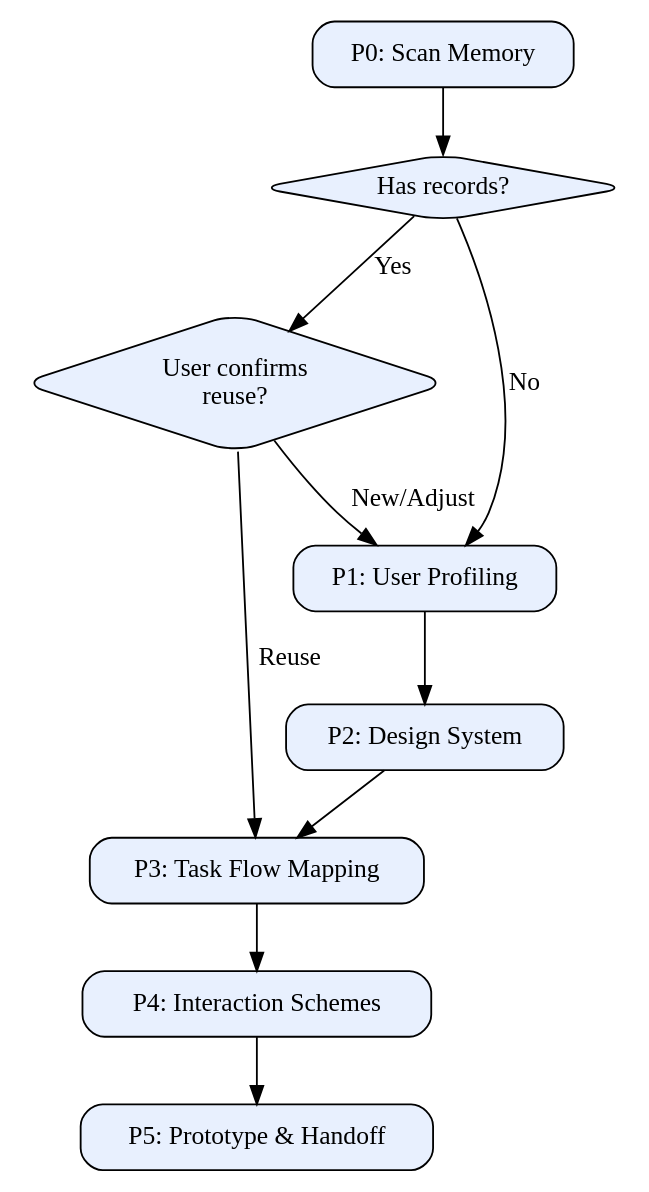
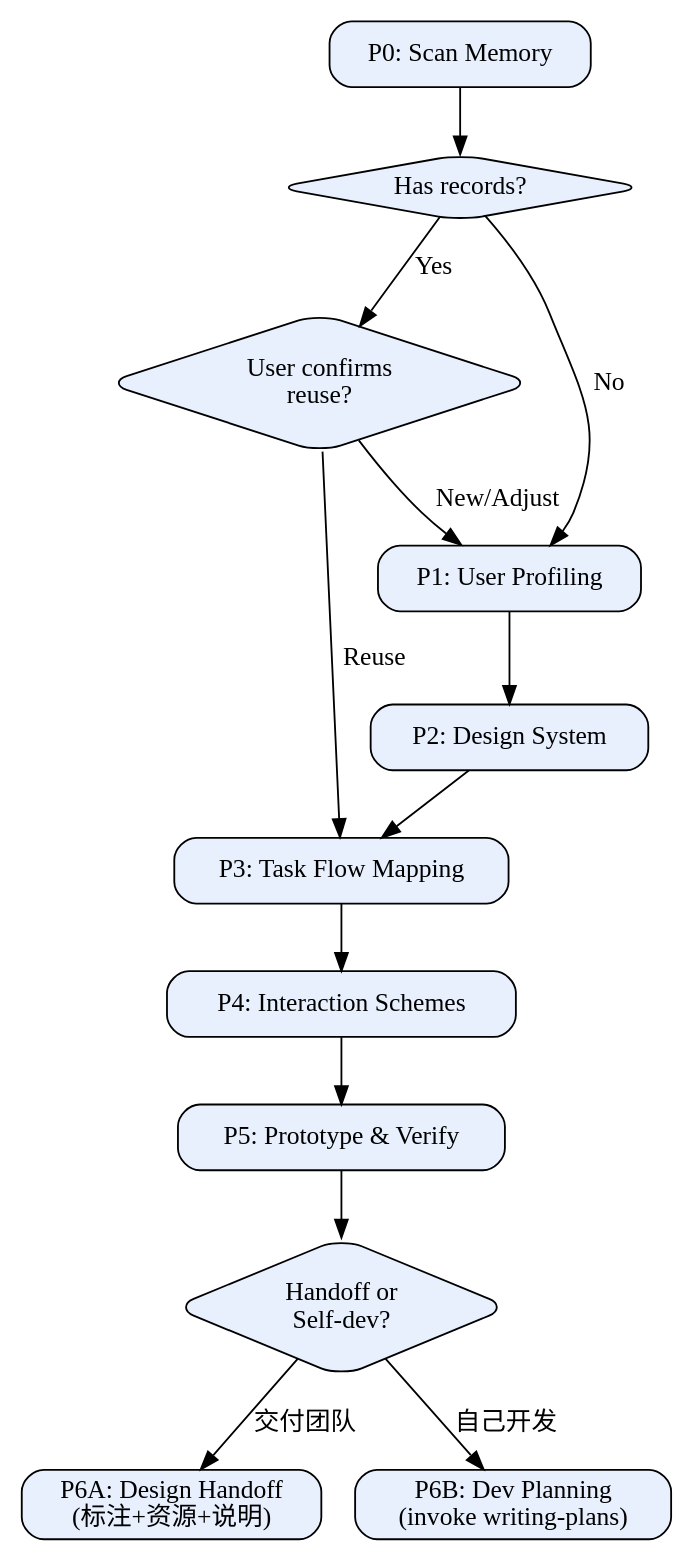
One commit to chenfood/super-pm changed the diagram in SKILL.md. Above: the diagram before and after it, drawn with Graphviz. The commit also changed other lines of this file and 3 other files, not shown here.

````diff
--- a/SKILL.md
+++ b/SKILL.md
@@ -52,25 +42,31 @@
 ```dot
 digraph interaction_design {
     rankdir=TB;
     node [shape=box, style="rounded,filled", fillcolor="#E8F0FE"];
 
     P0 [label="P0: Scan Memory"];
     has_records [shape=diamond, label="Has records?"];
     confirm_reuse [shape=diamond, label="User confirms\nreuse?"];
     P1 [label="P1: User Profiling"];
     P2 [label="P2: Design System"];
     P3 [label="P3: Task Flow Mapping"];
     P4 [label="P4: Interaction Schemes"];
-    P5 [label="P5: Prototype & Handoff"];
+    P5 [label="P5: Prototype & Verify"];
+    P6_ask [shape=diamond, label="Handoff or\nSelf-dev?"];
+    P6A [label="P6A: Design Handoff\n(标注+资源+说明)"];
+    P6B [label="P6B: Dev Planning\n(invoke writing-plans)"];
 
     P0 -> has_records;
     has_records -> confirm_reuse [label="Yes"];
     has_records -> P1 [label="No"];
     confirm_reuse -> P3 [label="Reuse"];
     confirm_reuse -> P1 [label="New/Adjust"];
     P1 -> P2;
     P2 -> P3;
     P3 -> P4;
     P4 -> P5;
+    P5 -> P6_ask;
+    P6_ask -> P6A [label="交付团队"];
+    P6_ask -> P6B [label="自己开发"];
 }
 ```
````
